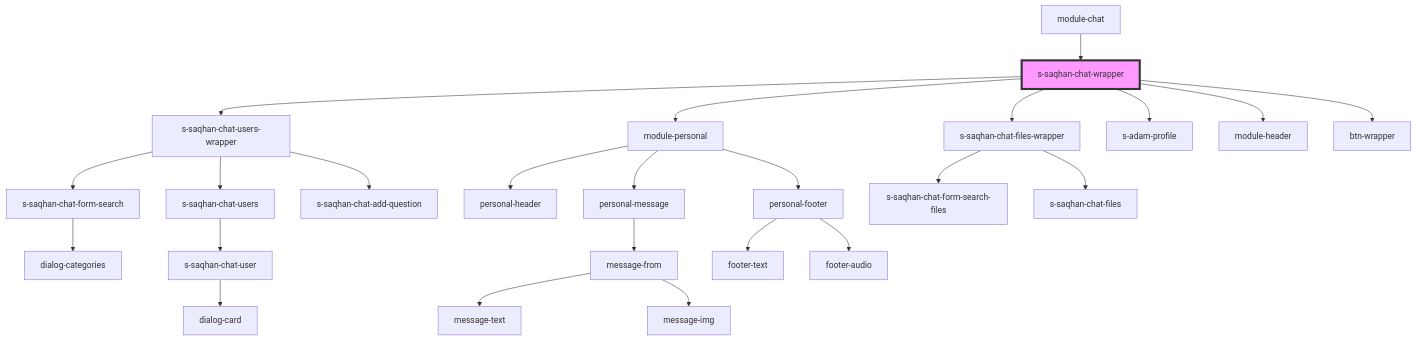
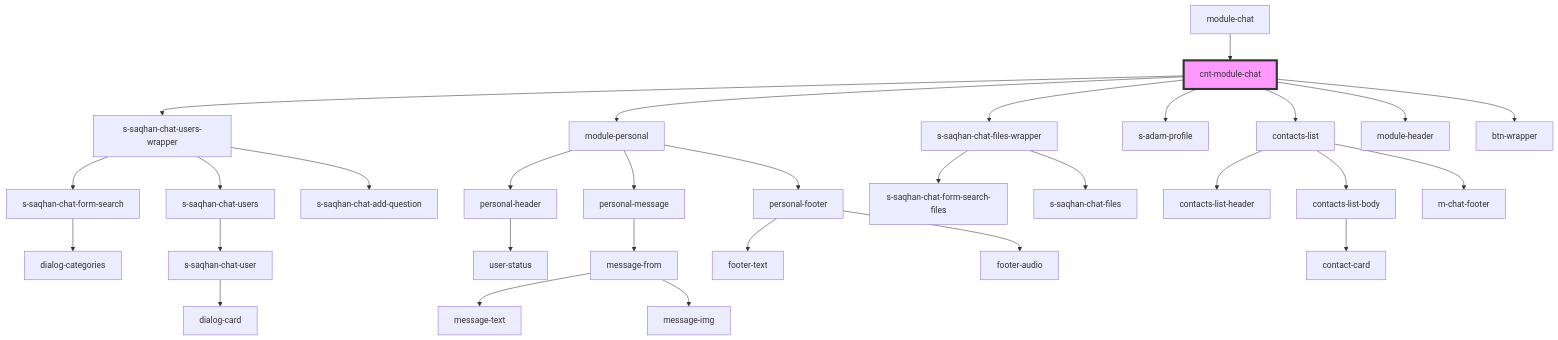
One commit to saqhan/stencil-chat changed the diagram in src/components/module/module-chat/res/view/cnt-module-chat/readme.md. Above: the diagram before and after it, drawn with Mermaid. The commit also changed other lines of this file and 26 other files, not shown here.

````diff
--- a/src/components/module/module-chat/res/view/cnt-module-chat/readme.md
+++ b/src/components/module/module-chat/res/view/cnt-module-chat/readme.md
@@ -36,27 +146,33 @@
 ```mermaid
 graph TD;
-  s-saqhan-chat-wrapper --> s-saqhan-chat-users-wrapper
-  s-saqhan-chat-wrapper --> module-personal
-  s-saqhan-chat-wrapper --> s-saqhan-chat-files-wrapper
-  s-saqhan-chat-wrapper --> s-adam-profile
-  s-saqhan-chat-wrapper --> module-header
-  s-saqhan-chat-wrapper --> btn-wrapper
+  cnt-module-chat --> s-saqhan-chat-users-wrapper
+  cnt-module-chat --> module-personal
+  cnt-module-chat --> s-saqhan-chat-files-wrapper
+  cnt-module-chat --> s-adam-profile
+  cnt-module-chat --> contacts-list
+  cnt-module-chat --> module-header
+  cnt-module-chat --> btn-wrapper
   s-saqhan-chat-users-wrapper --> s-saqhan-chat-form-search
   s-saqhan-chat-users-wrapper --> s-saqhan-chat-users
   s-saqhan-chat-users-wrapper --> s-saqhan-chat-add-question
   s-saqhan-chat-form-search --> dialog-categories
   s-saqhan-chat-users --> s-saqhan-chat-user
   s-saqhan-chat-user --> dialog-card
   module-personal --> personal-header
   module-personal --> personal-message
   module-personal --> personal-footer
+  personal-header --> user-status
   personal-message --> message-from
   message-from --> message-text
   message-from --> message-img
   personal-footer --> footer-text
   personal-footer --> footer-audio
   s-saqhan-chat-files-wrapper --> s-saqhan-chat-form-search-files
   s-saqhan-chat-files-wrapper --> s-saqhan-chat-files
-  module-chat --> s-saqhan-chat-wrapper
-  style s-saqhan-chat-wrapper fill:#f9f,stroke:#333,stroke-width:4px
+  contacts-list --> contacts-list-header
+  contacts-list --> contacts-list-body
+  contacts-list --> m-chat-footer
+  contacts-list-body --> contact-card
+  module-chat --> cnt-module-chat
+  style cnt-module-chat fill:#f9f,stroke:#333,stroke-width:4px
 ```
````
